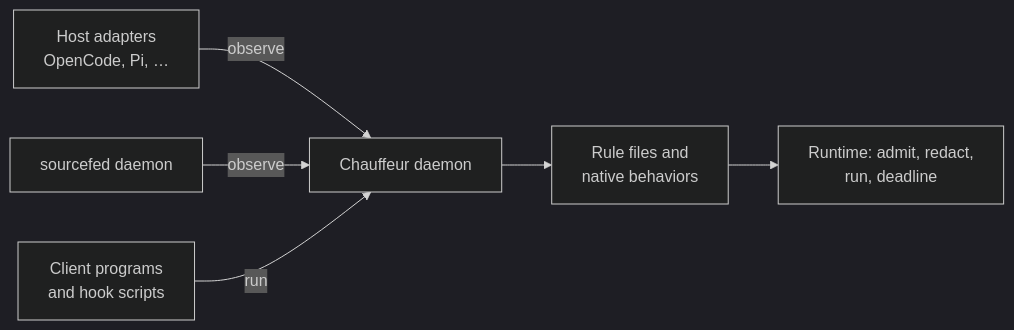
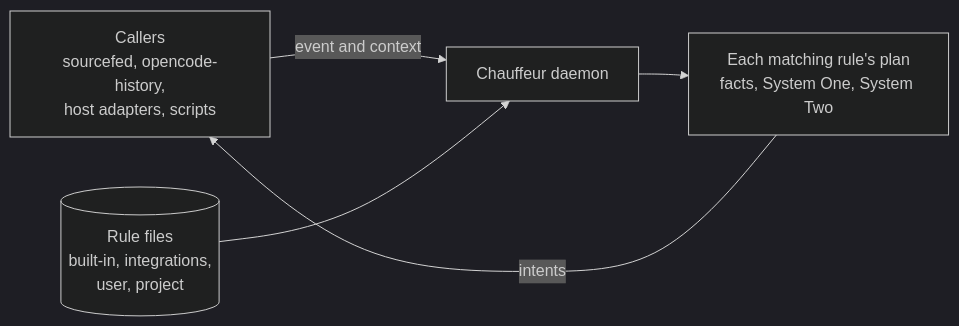
The fourth of 7 diagrams in docs/plans/pluggability.md (StevenJPx2/chauffeur), drawn with Mermaid (dark theme) before and after one commit. The commit also changed other lines of this file and 1 other file, not shown here.

First line of the commit message:
docs(plans): one operation, chauffeur.navigate, with rules from any source

````diff
--- a/docs/plans/pluggability.md
+++ b/docs/plans/pluggability.md
@@ -140,8 +147,7 @@
 ```mermaid
 flowchart LR
-    Adapters["Host adapters<br/>OpenCode, Pi, …"] -- "observe" --> Daemon["Chauffeur daemon"]
-    Sourcefed["sourcefed daemon"] -- "observe" --> Daemon
-    Programs["Client programs<br/>and hook scripts"] -- "run" --> Daemon
-    Daemon --> Rules["Rule files and<br/>native behaviors"]
-    Rules --> Runtime["Runtime: admit, redact,<br/>run, deadline"]
+    Callers["Callers<br/>sourcefed, opencode-history,<br/>host adapters, scripts"] -- "event and context" --> Daemon["Chauffeur daemon"]
+    Rules[("Rule files<br/>built-in, integrations,<br/>user, project")] --> Daemon
+    Daemon --> Strategy["Each matching rule's plan<br/>facts, System One, System Two"]
+    Strategy -- "intents" --> Callers
 ```
````
